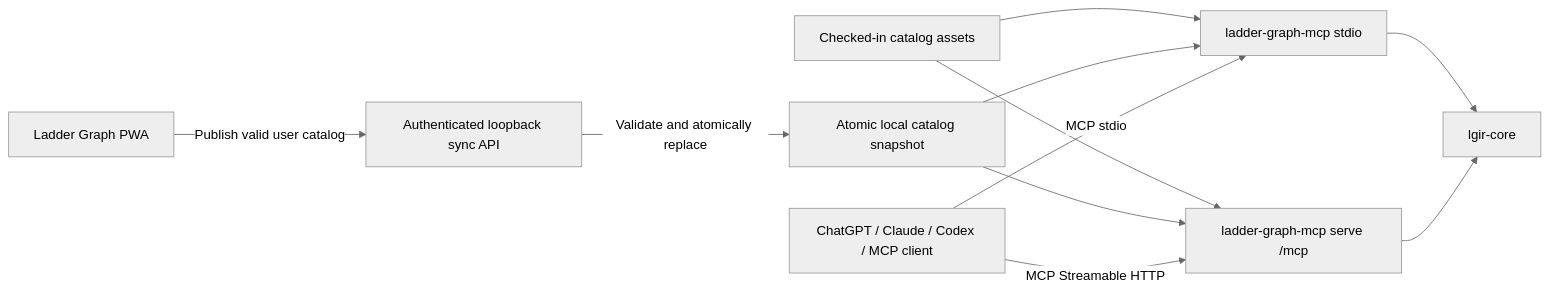
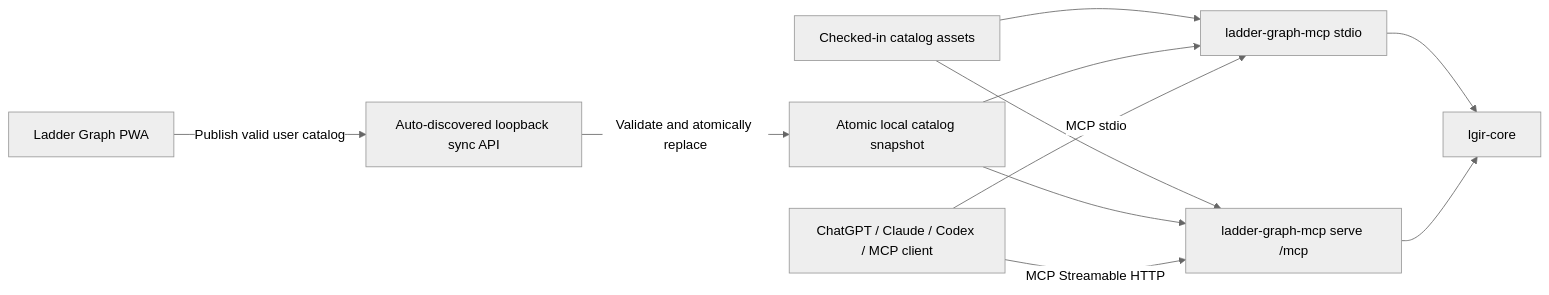
The diagram in ladder-graph-mcp-native-plan.md (hganesha/ladder-graph), drawn with Mermaid (neutral theme) before and after one commit. The commit also changed other lines of this file and 10 other files, not shown here.

````diff
--- a/ladder-graph-mcp-native-plan.md
+++ b/ladder-graph-mcp-native-plan.md
@@ -24,22 +24,22 @@
 ```mermaid
 flowchart LR
     PWA["Ladder Graph PWA"]
-    Sync["Authenticated loopback sync API"]
+    Sync["Auto-discovered loopback sync API"]
     Snapshot["Atomic local catalog snapshot"]
     Stdio["ladder-graph-mcp stdio"]
     HTTP["ladder-graph-mcp serve /mcp"]
     Client["ChatGPT / Claude / Codex / MCP client"]
     Core["lgir-core"]
     Builtins["Checked-in catalog assets"]
 
     PWA -->|"Publish valid user catalog"| Sync
     Sync -->|"Validate and atomically replace"| Snapshot
     Builtins --> Stdio
     Builtins --> HTTP
     Snapshot --> Stdio
     Snapshot --> HTTP
     Client -->|"MCP stdio"| Stdio
     Client -->|"MCP Streamable HTTP"| HTTP
     Stdio --> Core
     HTTP --> Core
 ```
````
